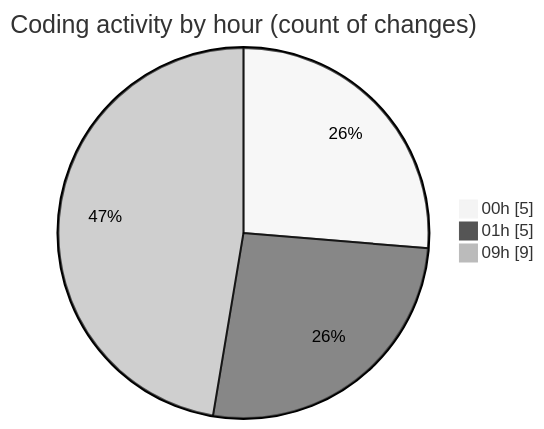
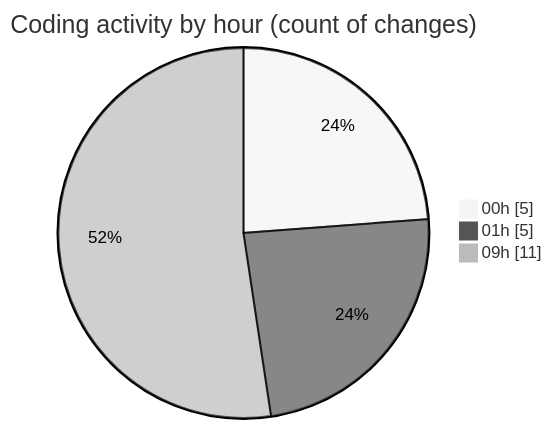
The second of 2 diagrams in 2025-07-12/ribbon/README.md (EIIisD/code-tracking), drawn with Mermaid (neutral theme) before and after one commit. The commit also changed other lines of this file and 1 other file, not shown here.

````diff
--- a/2025-07-12/ribbon/README.md
+++ b/2025-07-12/ribbon/README.md
@@ -35,7 +35,7 @@
 ```mermaid
 pie showData
 title Coding activity by hour (count of changes)
 "00h" : 5
 "01h" : 5
-"09h" : 9
+"09h" : 11
 ```
````
